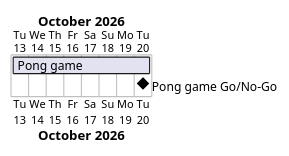
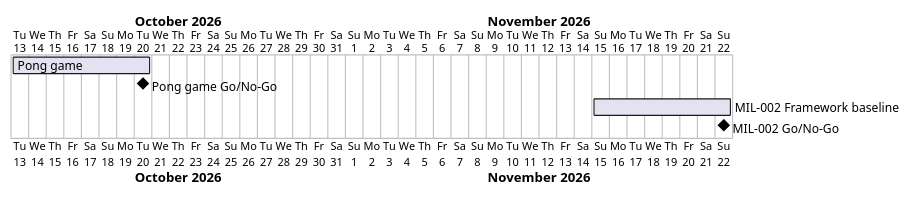
One commit to Tirsvad-Udemy-100-days-of-code/022-pong-game changed the diagram in docs/project-plan.md. Above: the diagram before and after it, drawn with PlantUML. The commit also changed other lines of this file and 29 other files, not shown here.

First line of the commit message:
Bring the project to the framework baseline (MIL-002)

````diff
--- a/docs/project-plan.md
+++ b/docs/project-plan.md
@@ -34,7 +38,9 @@
 ```plantuml
 @startgantt
 Project starts 2026-10-13
 [Pong game] starts 2026-10-13 and ends 2026-10-20
 [Pong game Go/No-Go] happens 2026-10-20
+[MIL-002 Framework baseline] starts 2026-11-15 and ends 2026-11-22
+[MIL-002 Go/No-Go] happens 2026-11-22
 @endgantt
 ```
````
